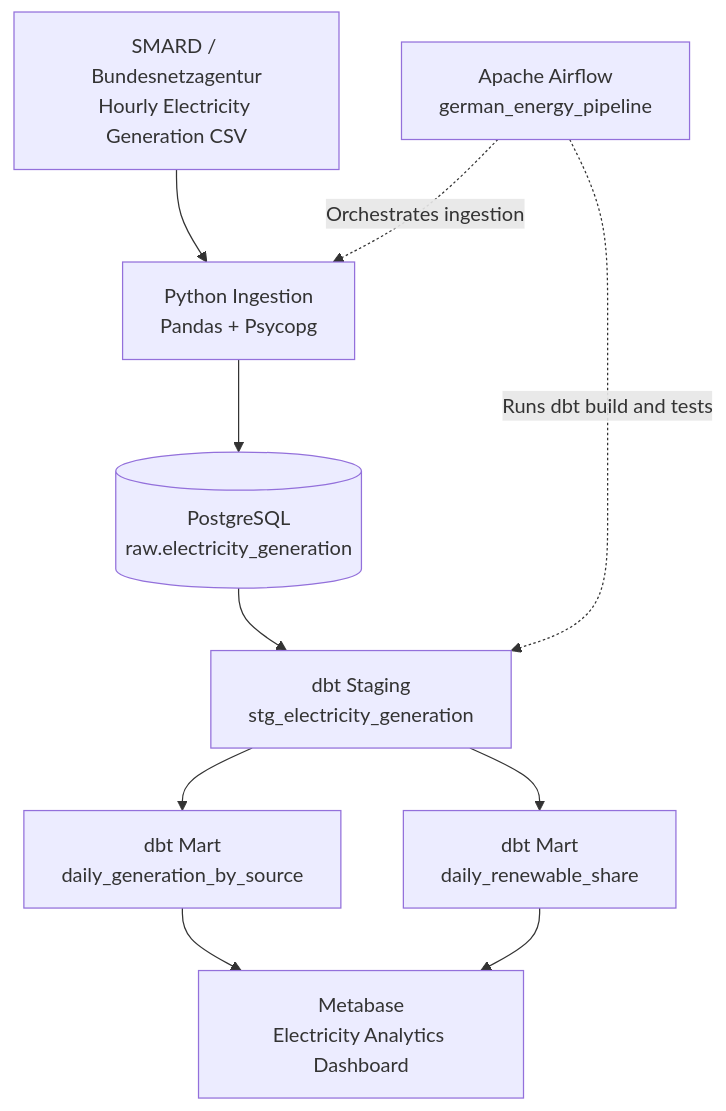
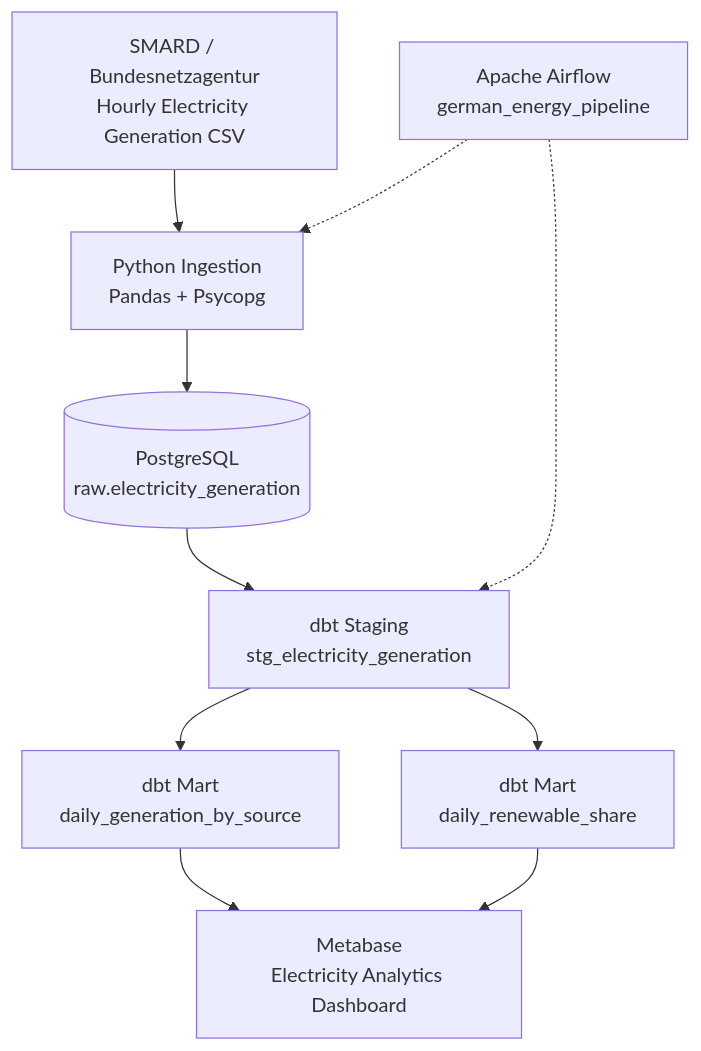
One commit to Datawith-Ramakrishna/german-energy-data-platform changed the diagram in README.md. Above: the diagram before and after it, drawn with Mermaid. The commit also changed other lines of this file, not shown here.

````diff
--- a/README.md
+++ b/README.md
@@ -62,22 +63,22 @@
 ```mermaid
 flowchart TD
     A["SMARD / Bundesnetzagentur<br/>Hourly Electricity Generation CSV"]
     B["Python Ingestion<br/>Pandas + Psycopg"]
     C[("PostgreSQL<br/>raw.electricity_generation")]
     D["dbt Staging<br/>stg_electricity_generation"]
     E["dbt Mart<br/>daily_generation_by_source"]
     F["dbt Mart<br/>daily_renewable_share"]
     G["Metabase<br/>Electricity Analytics Dashboard"]
     H["Apache Airflow<br/>german_energy_pipeline"]
 
     A --> B
     B --> C
     C --> D
     D --> E
     D --> F
     E --> G
     F --> G
 
-    H -. "Orchestrates ingestion" .-> B
-    H -. "Runs dbt build and tests" .-> D
+    H -.-> B
+    H -.-> D
 ```
````
